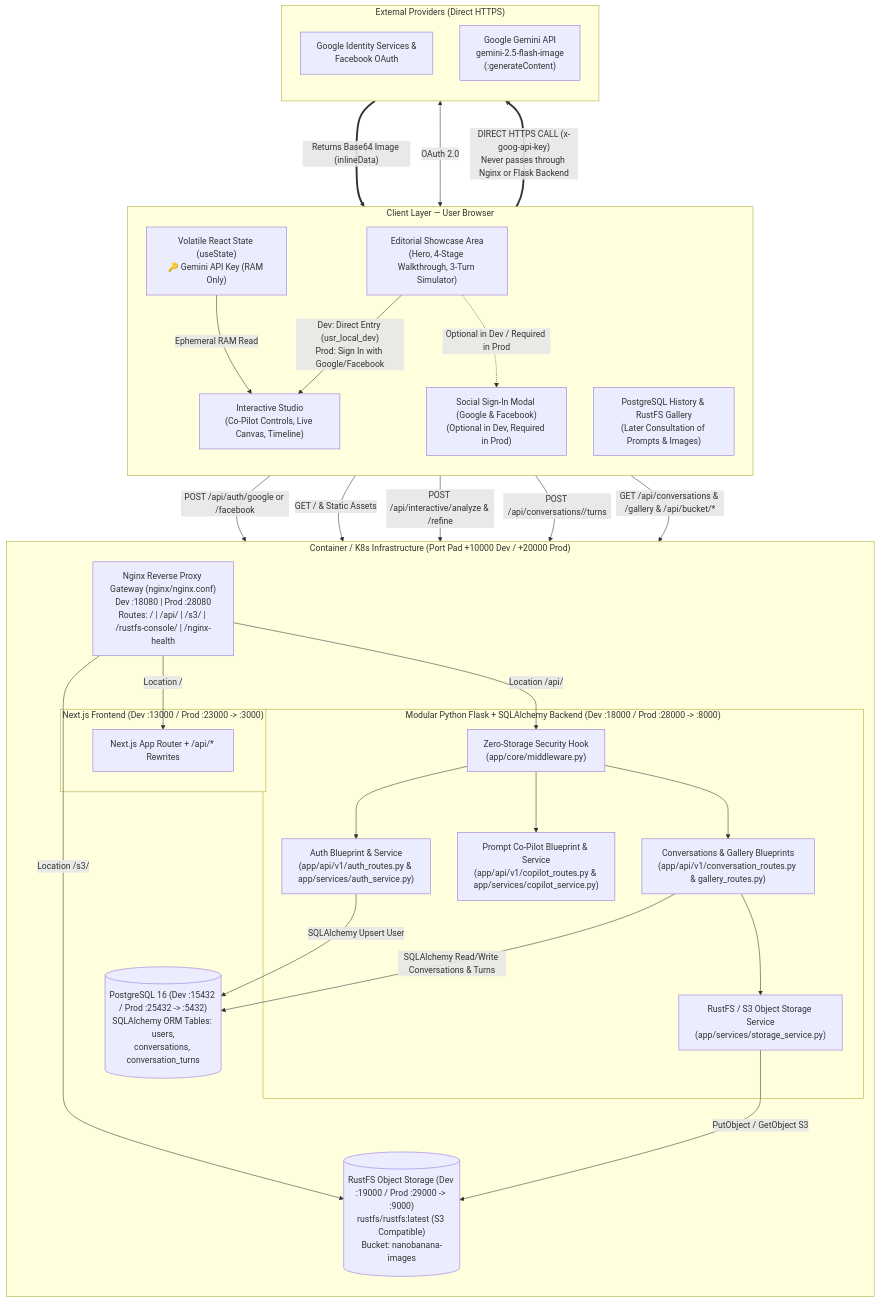
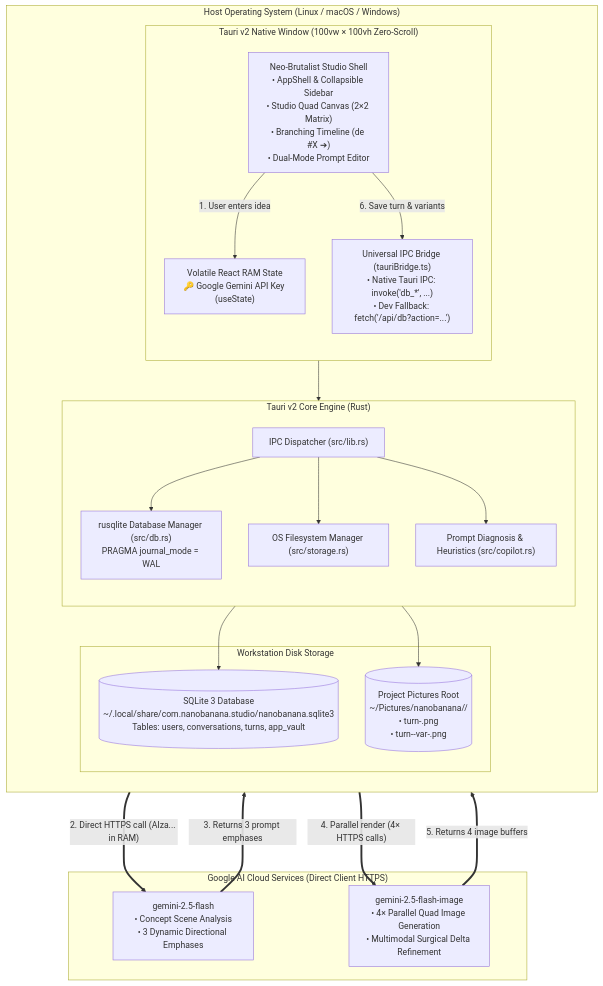
The first of 2 diagrams in docs/architecture.md (vitorecomp/nanobanana-harness), drawn with Mermaid before and after one commit. The commit also changed other lines of this file and 19 other files, not shown here.

````diff
--- a/docs/architecture.md
+++ b/docs/architecture.md
@@ -18,63 +30,45 @@
 ```mermaid
 flowchart TB
-    subgraph Client["Client Layer — User Browser"]
+    subgraph ClientHost["Host Operating System (Linux / macOS / Windows)"]
         direction TB
-        Landing["Editorial Showcase Area\n(Hero, 4-Stage Walkthrough, 3-Turn Simulator)"]
-        AuthModal["Social Sign-In Modal (Google & Facebook)\n(Optional in Dev, Required in Prod)"]
-        Studio["Interactive Studio\n(Co-Pilot Controls, Live Canvas, Timeline)"]
-        HistoryPanel["PostgreSQL History & RustFS Gallery\n(Later Consultation of Prompts & Images)"]
-        VolatileRAM["Volatile React State (useState)\n🔑 Gemini API Key (RAM Only)"]
+
+        subgraph WebViewContainer["Tauri v2 Native Window (100vw × 100vh Zero-Scroll)"]
+            direction TB
+            UI["Neo-Brutalist Studio Shell\n• AppShell & Collapsible Sidebar\n• Studio Quad Canvas (2×2 Matrix)\n• Branching Timeline (de #X ➔)\n• Dual-Mode Prompt Editor"]
+            RAM["Volatile React RAM State\n🔑 Google Gemini API Key (useState)"]
+            Bridge["Universal IPC Bridge (tauriBridge.ts)\n• Native Tauri IPC: invoke('db_*', ...)\n• Dev Fallback: fetch('/api/db?action=...')"]
+        end
+
+        subgraph RustCore["Tauri v2 Core Engine (Rust)"]
+            direction TB
+            IPC["IPC Dispatcher (src/lib.rs)"]
+            DB["rusqlite Database Manager (src/db.rs)\nPRAGMA journal_mode = WAL"]
+            Storage["OS Filesystem Manager (src/storage.rs)"]
+            Copilot["Prompt Diagnosis & Heuristics (src/copilot.rs)"]
+        end
+
+        subgraph LocalDisk["Workstation Disk Storage"]
+            SQLiteFile[("SQLite 3 Database\n~/.local/share/com.nanobanana.studio/nanobanana.sqlite3\nTables: users, conversations, turns, app_vault")]
+            ProjectFolders[("Project Pictures Root\n~/Pictures/nanobanana/<project-name>/\n• turn-<id>.png\n• turn-<id>-var-<idx>.png")]
+        end
     end
 
-    subgraph ExternalProviders["External Providers (Direct HTTPS)"]
-        direction TB
-        SocialOAuth["Google Identity Services &\nFacebook OAuth"]
-        NanoBananaAPI["Google Gemini API\ngemini-2.5-flash-image\n(:generateContent)"]
+    subgraph GoogleCloud["Google AI Cloud Services (Direct Client HTTPS)"]
+        GeminiFlash["gemini-2.5-flash\n• Concept Scene Analysis\n• 3 Dynamic Directional Emphases"]
+        GeminiImage["gemini-2.5-flash-image\n• 4× Parallel Quad Image Generation\n• Multimodal Surgical Delta Refinement"]
     end
 
-    subgraph PodmanNetwork["Container / K8s Infrastructure (Port Pad +10000 Dev / +20000 Prod)"]
-        direction TB
-        NginxGW["Nginx Reverse Proxy Gateway (nginx/nginx.conf)\nDev :18080 | Prod :28080\nRoutes: / | /api/ | /s3/ | /rustfs-console/ | /nginx-health"]
+    UI -->|"1. User enters idea"| RAM
+    RAM ===>|"2. Direct HTTPS call (AIza... in RAM)"| GeminiFlash
+    GeminiFlash ===>|"3. Returns 3 prompt emphases"| UI
+    RAM ===>|"4. Parallel render (4× HTTPS calls)"| GeminiImage
+    GeminiImage ===>|"5. Returns 4 image buffers"| UI
 
-        subgraph FrontendContainer["Next.js Frontend (Dev :13000 / Prod :23000 -> :3000)"]
-            NextApp["Next.js App Router + /api/* Rewrites"]
-        end
-
-        subgraph BackendContainer["Modular Python Flask + SQLAlchemy Backend (Dev :18000 / Prod :28000 -> :8000)"]
-            Guard["Zero-Storage Security Hook\n(app/core/middleware.py)"]
-            AuthRouter["Auth Blueprint & Service\n(app/api/v1/auth_routes.py & app/services/auth_service.py)"]
-            PromptEngine["Prompt Co-Pilot Blueprint & Service\n(app/api/v1/copilot_routes.py & app/services/copilot_service.py)"]
-            HistoryRouter["Conversations & Gallery Blueprints\n(app/api/v1/conversation_routes.py & gallery_routes.py)"]
-            StorageService["RustFS / S3 Object Storage Service\n(app/services/storage_service.py)"]
-        end
-
-        PostgresDB[("PostgreSQL 16 (Dev :15432 / Prod :25432 -> :5432)\nSQLAlchemy ORM Tables: users,\nconversations, conversation_turns")]
-        RustfsBucket[("RustFS Object Storage (Dev :19000 / Prod :29000 -> :9000)\nrustfs/rustfs:latest (S3 Compatible)\nBucket: nanobanana-images")]
-    end
-
-    Landing -->|"Dev: Direct Entry (usr_local_dev)\nProd: Sign In with Google/Facebook"| Studio
-    Landing -.->|"Optional in Dev / Required in Prod"| AuthModal
-    AuthModal <-->|"OAuth 2.0"| SocialOAuth
-    AuthModal -->|"POST /api/auth/google or /facebook"| NginxGW
-    Studio -->|"GET / & Static Assets"| NginxGW
-    Studio -->|"POST /api/interactive/analyze & /refine"| NginxGW
-    Studio -->|"POST /api/conversations/<id>/turns"| NginxGW
-    HistoryPanel -->|"GET /api/conversations & /gallery & /api/bucket/*"| NginxGW
-
-    NginxGW -->|"Location /"| NextApp
-    NginxGW -->|"Location /api/"| Guard
-    NginxGW -->|"Location /s3/"| RustfsBucket
-
-    Guard --> AuthRouter
-    Guard --> PromptEngine
-    Guard --> HistoryRouter
-
-    AuthRouter -->|"SQLAlchemy Upsert User"| PostgresDB
-    HistoryRouter -->|"SQLAlchemy Read/Write Conversations & Turns"| PostgresDB
-    HistoryRouter --> StorageService
-    StorageService -->|"PutObject / GetObject S3"| RustfsBucket
-
-    VolatileRAM -->|"Ephemeral RAM Read"| Studio
-    Studio ===>|"DIRECT HTTPS CALL (x-goog-api-key)\nNever passes through Nginx or Flask Backend"| NanoBananaAPI
-    NanoBananaAPI ===>|"Returns Base64 Image (inlineData)"| Studio
+    UI -->|"6. Save turn & variants"| Bridge
+    Bridge --> IPC
+    IPC --> DB
+    IPC --> Storage
+    IPC --> Copilot
+    DB --> SQLiteFile
+    Storage --> ProjectFolders
 ```
````
